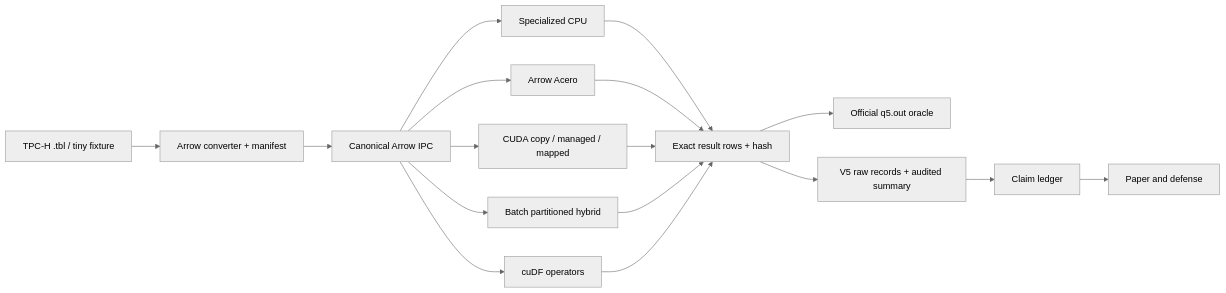
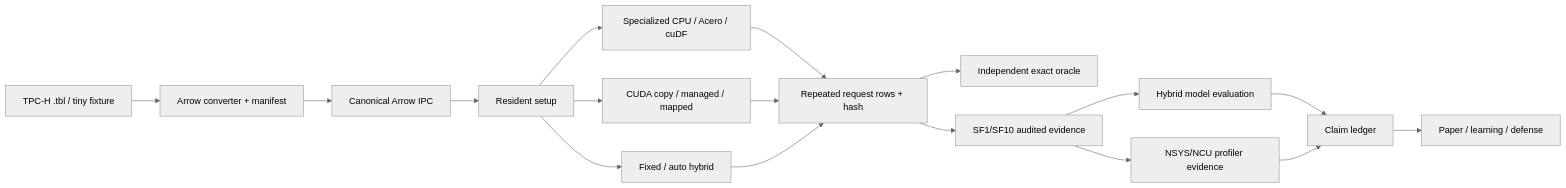
Before and after one commit to zihuanxu/db-tpch-q5: the diagram in docs/defense/final-architecture.md, drawn with Mermaid (neutral theme). The commit also changed other lines of this file and 34 other files, not shown here.

````diff
--- a/docs/defense/final-architecture.md
+++ b/docs/defense/final-architecture.md
@@ -3,19 +3,19 @@
 ```mermaid
 flowchart LR
   T["TPC-H .tbl / tiny fixture"] --> P["Arrow converter + manifest"]
   P --> A["Canonical Arrow IPC"]
-  A --> S["Specialized CPU"]
-  A --> E["Arrow Acero"]
-  A --> G["CUDA copy / managed / mapped"]
-  A --> H["Batch partitioned hybrid"]
-  A --> C["cuDF operators"]
-  S --> R["Exact result rows + hash"]
-  E --> R
+  A --> S["Resident setup"]
+  S --> C["Specialized CPU / Acero / cuDF"]
+  S --> G["CUDA copy / managed / mapped"]
+  S --> H["Fixed / auto hybrid"]
+  C --> R["Repeated request rows + hash"]
   G --> R
   H --> R
-  C --> R
-  R --> O["Official q5.out oracle"]
-  R --> V["V5 raw records + audited summary"]
-  V --> L["Claim ledger"]
-  L --> Q["Paper and defense"]
+  R --> O["Independent exact oracle"]
+  R --> V["SF1/SF10 audited evidence"]
+  V --> M["Hybrid model evaluation"]
+  V --> N["NSYS/NCU profiler evidence"]
+  M --> L["Claim ledger"]
+  N --> L
+  L --> Q["Paper / learning / defense"]
 ```
````
